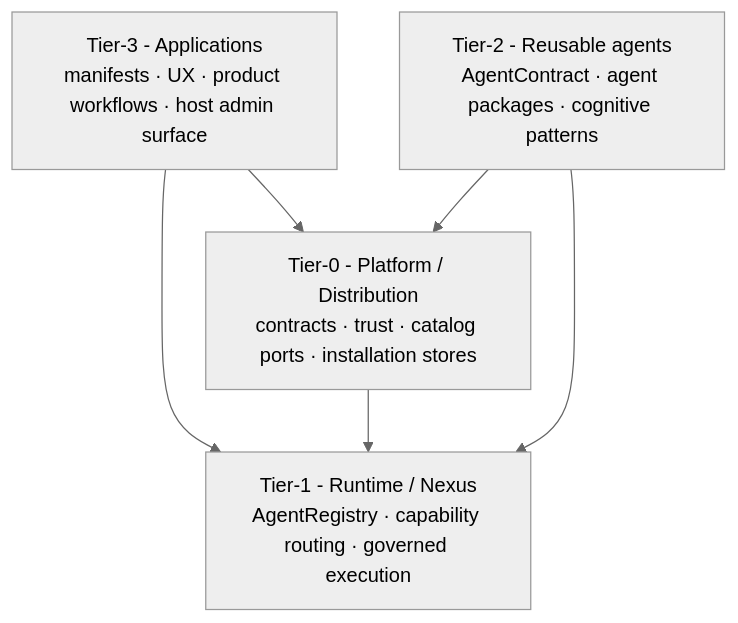
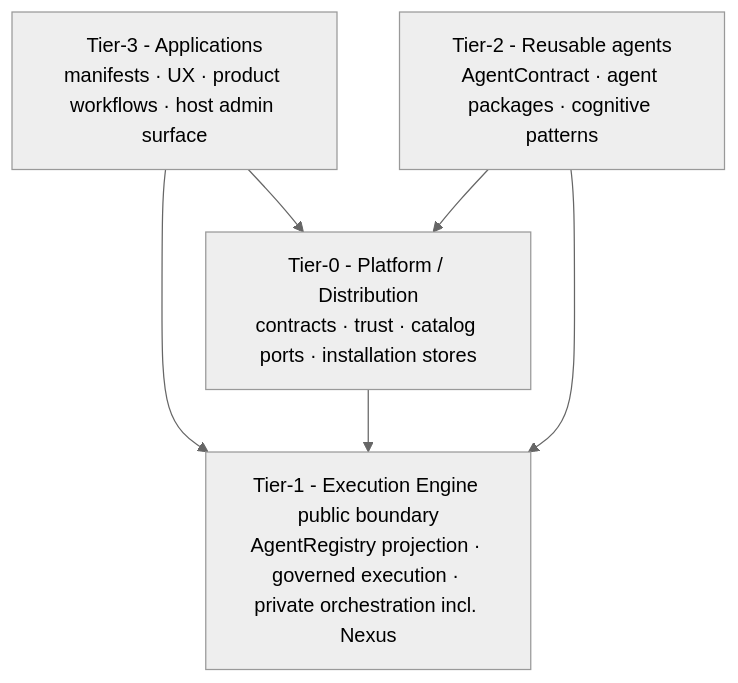
Before and after one commit to jakbuczarnecki/intergrax: the third of 24 diagrams in docs/project/overview/AGENT_MARKETPLACE.md, drawn with Mermaid (neutral theme). The commit also changed other lines of this file, not shown here.

First line of the commit message:
docs(marketplace): align agent marketplace with execution boundary

````diff
--- a/docs/project/overview/AGENT_MARKETPLACE.md
+++ b/docs/project/overview/AGENT_MARKETPLACE.md
@@ -98,13 +101,13 @@
 ```mermaid
 flowchart TB
     T0["Tier-0 - Platform / Distribution\ncontracts · trust · catalog ports · installation stores"]
-    T1["Tier-1 - Runtime / Nexus\nAgentRegistry · capability routing · governed execution"]
+    T1["Tier-1 - Execution Engine public boundary\nAgentRegistry projection · governed execution · private orchestration incl. Nexus"]
     T2["Tier-2 - Reusable agents\nAgentContract · agent packages · cognitive patterns"]
     T3["Tier-3 - Applications\nmanifests · UX · product workflows · host admin surface"]
 
     T3 --> T0
     T3 --> T1
     T0 --> T1
     T2 --> T0
     T2 --> T1
 ```
````
